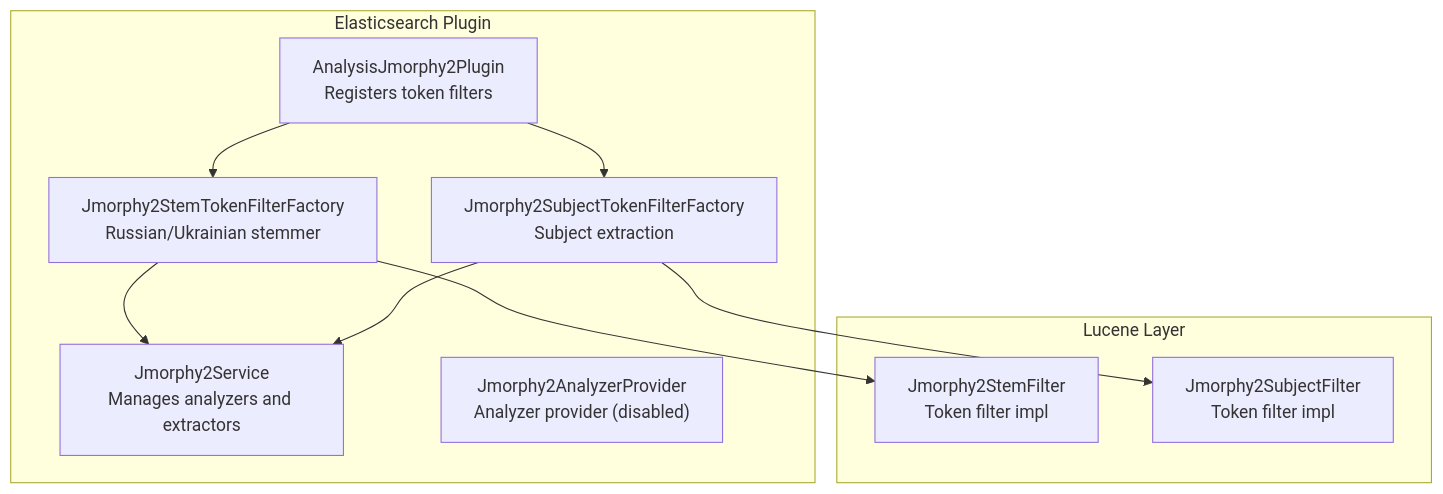
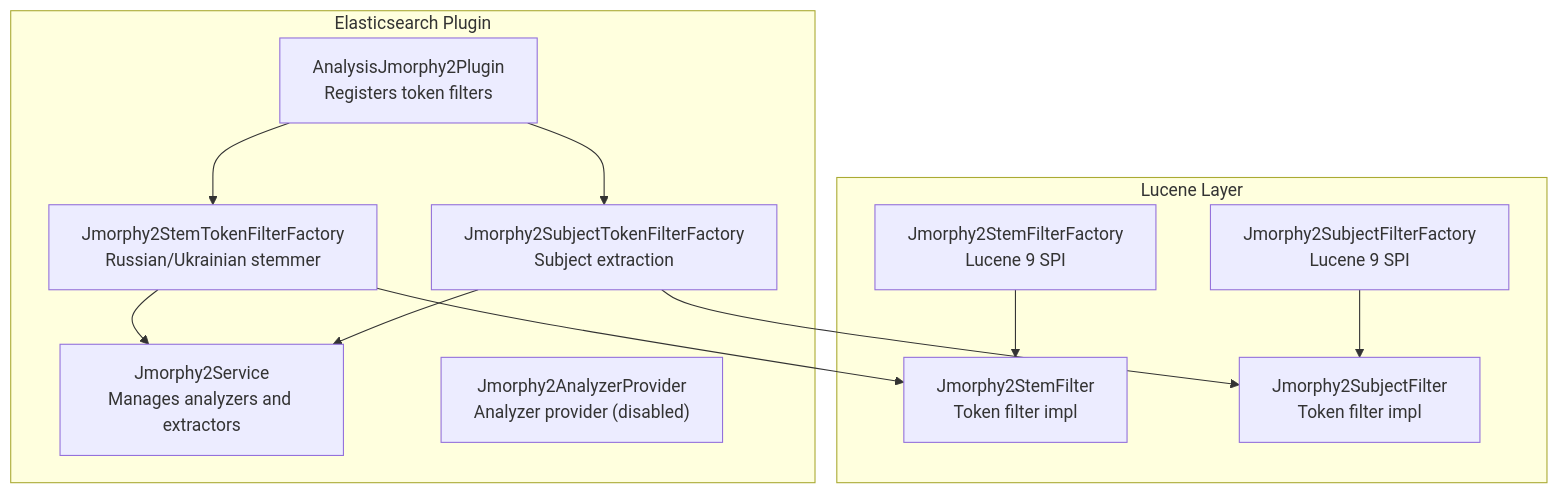
The first of 8 diagrams in .qoder/repowiki/en/content/Project Overview/Integration Modules/Elasticsearch Integration.md (Oregu7/jmorphy2), drawn with Mermaid before and after one commit. The commit also changed other lines of this file and 2 other files, not shown here.

````diff
--- a/.qoder/repowiki/en/content/Project Overview/Integration Modules/Elasticsearch Integration.md
+++ b/.qoder/repowiki/en/content/Project Overview/Integration Modules/Elasticsearch Integration.md
@@ -39,20 +53,24 @@
 ```mermaid
 graph TB
 subgraph "Elasticsearch Plugin"
 A["AnalysisJmorphy2Plugin<br/>Registers token filters"]
 B["Jmorphy2Service<br/>Manages analyzers and extractors"]
 C["Jmorphy2AnalyzerProvider<br/>Analyzer provider (disabled)"]
 D["Jmorphy2StemTokenFilterFactory<br/>Russian/Ukrainian stemmer"]
 E["Jmorphy2SubjectTokenFilterFactory<br/>Subject extraction"]
 end
 subgraph "Lucene Layer"
 F["Jmorphy2StemFilter<br/>Token filter impl"]
 G["Jmorphy2SubjectFilter<br/>Token filter impl"]
+H["Jmorphy2StemFilterFactory<br/>Lucene 9 SPI"]
+I["Jmorphy2SubjectFilterFactory<br/>Lucene 9 SPI"]
 end
 A --> D
 A --> E
 D --> B
 E --> B
 D --> F
 E --> G
+H --> F
+I --> G
 ```
````
